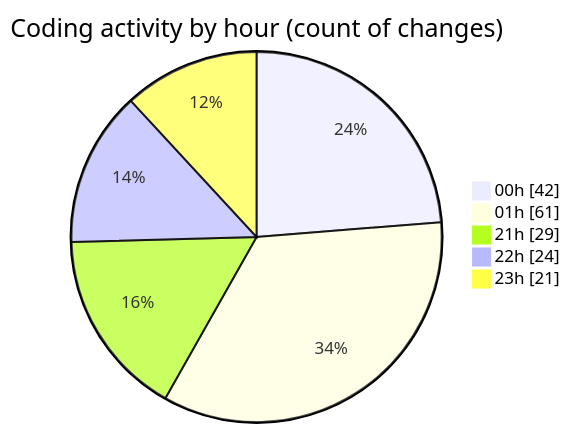
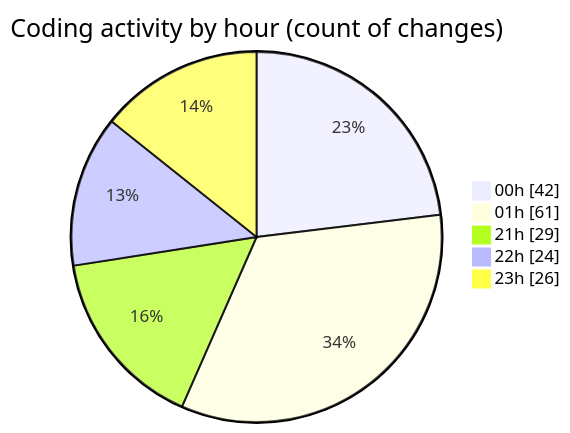
One commit to lephambinh05/code-tracking changed the second of 2 diagrams in 2025-08-12/rentotp/README.md. Above: the diagram before and after it, drawn with Mermaid. The commit also changed other lines of this file and 1 other file, not shown here.

````diff
--- a/2025-08-12/rentotp/README.md
+++ b/2025-08-12/rentotp/README.md
@@ -56,9 +56,9 @@
 ```mermaid
 pie showData
 title Coding activity by hour (count of changes)
 "00h" : 42
 "01h" : 61
 "21h" : 29
 "22h" : 24
-"23h" : 21
+"23h" : 26
 ```
````
